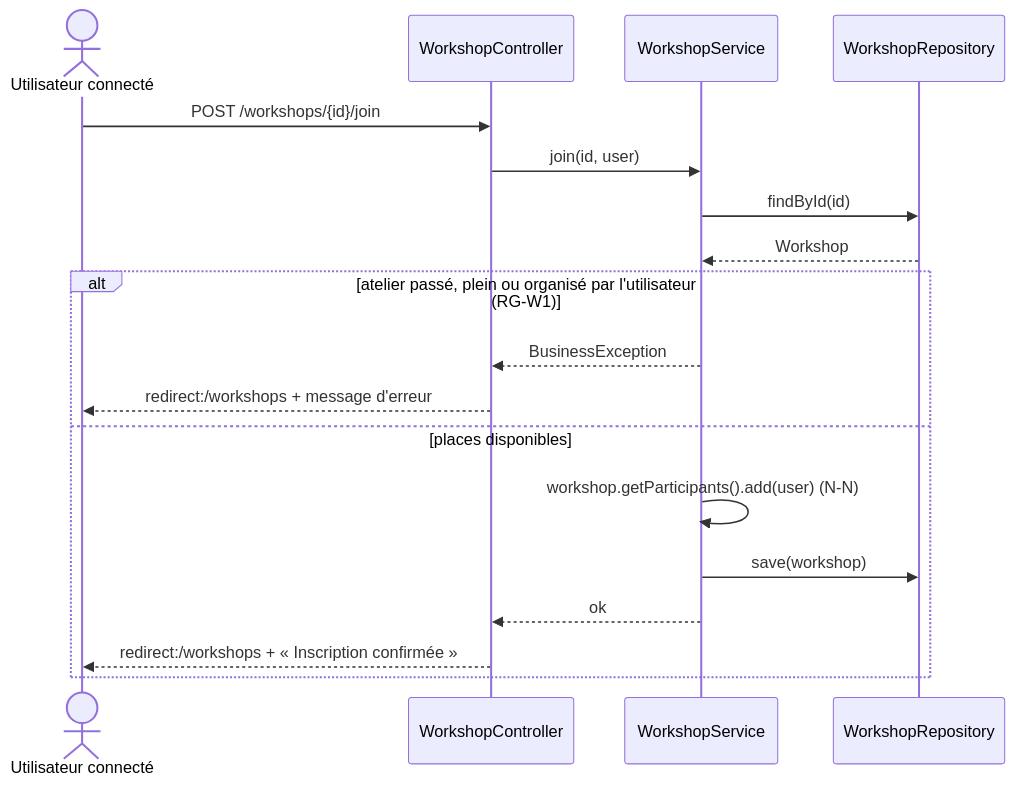
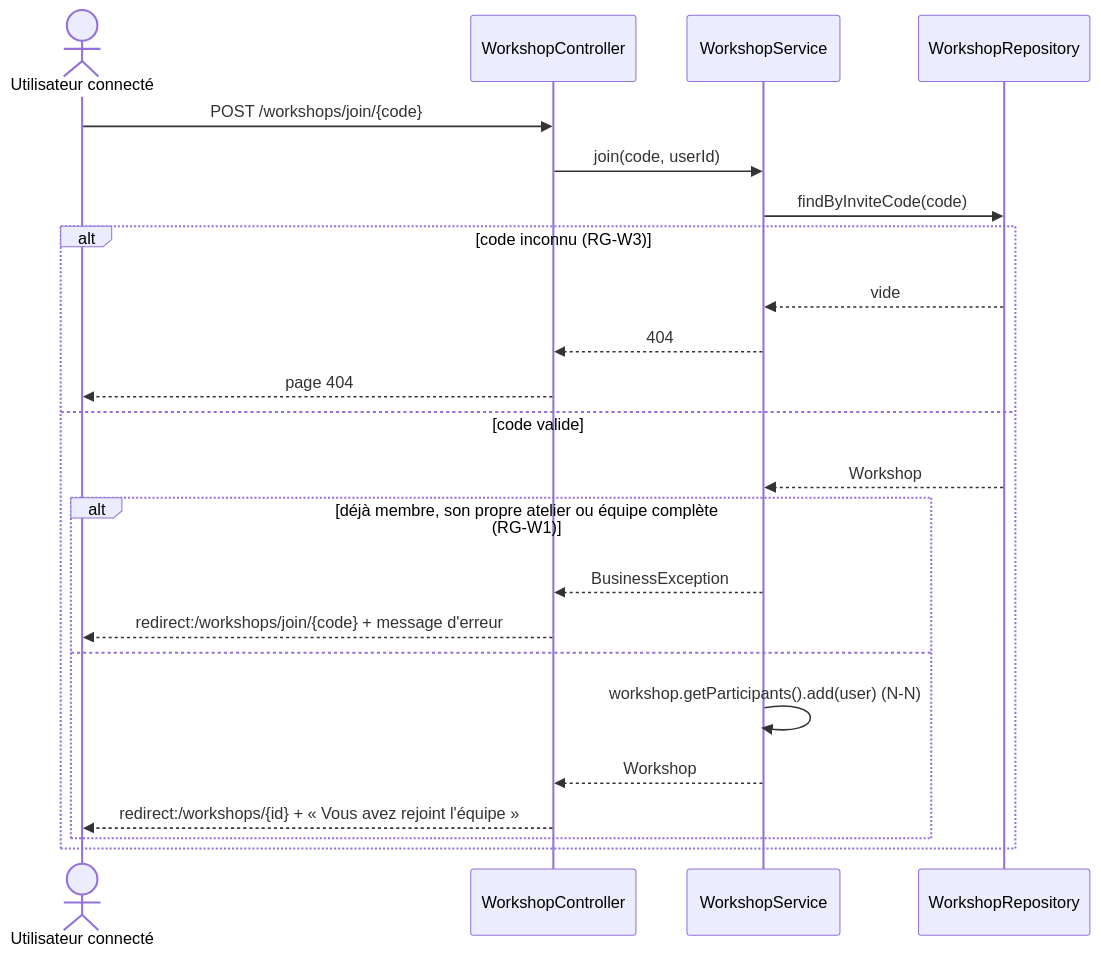
One commit to CookieCode5/CookieApp changed the ninth of 10 diagrams in diagramme-uml.md. Above: the diagram before and after it, drawn with Mermaid. The commit also changed other lines of this file and 8 other files, not shown here.

````diff
--- a/diagramme-uml.md
+++ b/diagramme-uml.md
@@ -712,21 +720,26 @@
 ```mermaid
 sequenceDiagram
     actor U as Utilisateur connecté
     participant C as WorkshopController
     participant WS as WorkshopService
     participant WR as WorkshopRepository
 
-    U->>C: POST /workshops/{id}/join
-    C->>WS: join(id, user)
-    WS->>WR: findById(id)
-    WR-->>WS: Workshop
-    alt atelier passé, plein ou organisé par l'utilisateur (RG-W1)
-        WS-->>C: BusinessException
-        C-->>U: redirect:/workshops + message d'erreur
-    else places disponibles
-        WS->>WS: workshop.getParticipants().add(user) (N-N)
-        WS->>WR: save(workshop)
-        WS-->>C: ok
-        C-->>U: redirect:/workshops + « Inscription confirmée »
+    U->>C: POST /workshops/join/{code}
+    C->>WS: join(code, userId)
+    WS->>WR: findByInviteCode(code)
+    alt code inconnu (RG-W3)
+        WR-->>WS: vide
+        WS-->>C: 404
+        C-->>U: page 404
+    else code valide
+        WR-->>WS: Workshop
+        alt déjà membre, son propre atelier ou équipe complète (RG-W1)
+            WS-->>C: BusinessException
+            C-->>U: redirect:/workshops/join/{code} + message d'erreur
+        else
+            WS->>WS: workshop.getParticipants().add(user) (N-N)
+            WS-->>C: Workshop
+            C-->>U: redirect:/workshops/{id} + « Vous avez rejoint l'équipe »
+        end
     end
 ```
````
